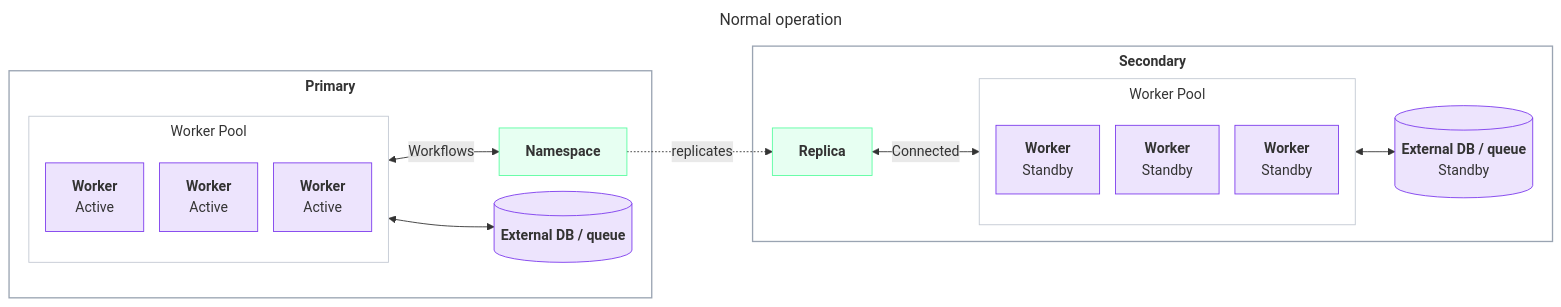
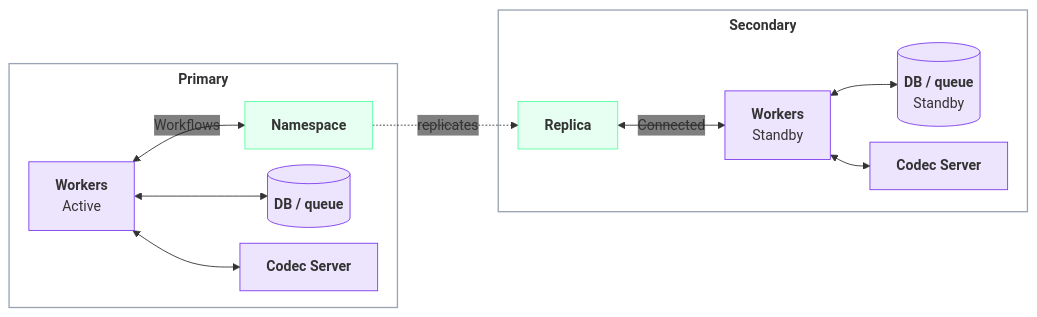
One commit to temporalio/documentation changed diagram 14 of 19 in docs/cloud/high-availability/deployment-patterns.mdx. Above: the diagram before and after it, drawn with Mermaid. The commit also changed other lines of this file, not shown here.

````diff
--- a/docs/cloud/high-availability/deployment-patterns.mdx
+++ b/docs/cloud/high-availability/deployment-patterns.mdx
@@ -402,37 +511,29 @@
 ```mermaid
----
-title: Normal operation
----
-%%{init: {'themeVariables':{'fontFamily':'Inter, ui-sans-serif, system-ui, sans-serif'},'flowchart':{'nodeSpacing':18,'rankSpacing':45,'curve':'basis','subGraphTitleMargin':{'top':6,'bottom':12}}}}%%
+%%{init: {'themeVariables':{'fontFamily':'Inter, ui-sans-serif, system-ui, sans-serif','edgeLabelBackground':'transparent'},'flowchart':{'nodeSpacing':18,'rankSpacing':45,'curve':'basis','subGraphTitleMargin':{'top':6,'bottom':12}}}}%%
 flowchart LR
     classDef worker fill:#7C3AED22,stroke:#7C3AED,stroke-width:1px;
     classDef ns fill:#59FDA024,stroke:#59FDA0,stroke-width:1px;
     classDef ext fill:#7C3AED22,stroke:#7C3AED,stroke-width:1px;
     classDef region fill:transparent,stroke:#9aa4b2,stroke-width:1.5px;
     classDef pool fill:transparent,stroke:#c2c8d2,stroke-width:1px;
     subgraph DHNPRI["<b>Primary</b>"]
-      subgraph DHNWP["Worker Pool"]
-        DHNW1["<b>Worker</b><br/>Active"]:::worker
-        DHNW2["<b>Worker</b><br/>Active"]:::worker
-        DHNW3["<b>Worker</b><br/>Active"]:::worker
-      end
+      DHNWP["<b>Workers</b><br/>Active"]:::worker
       DHNNS["<b>Namespace</b>"]:::ns
-      DHNDB[("<b>External DB / queue</b>")]:::ext
+      DHNDB[("<b>DB / queue</b>")]:::ext
+      DHNCODEC["<b>Codec Server</b>"]:::ext
       DHNWP <-->|Workflows| DHNNS
       DHNWP <--> DHNDB
+      DHNWP <--> DHNCODEC
     end
     subgraph DHNSEC["<b>Secondary</b>"]
       DHNR["<b>Replica</b>"]:::ns
-      subgraph DHNWP2["Worker Pool"]
-        DHNSW1["<b>Worker</b><br/>Standby"]:::worker
-        DHNSW2["<b>Worker</b><br/>Standby"]:::worker
-        DHNSW3["<b>Worker</b><br/>Standby"]:::worker
-      end
-      DHNDB2[("<b>External DB / queue</b><br/>Standby")]:::ext
+      DHNWP2["<b>Workers</b><br/>Standby"]:::worker
+      DHNDB2[("<b>DB / queue</b><br/>Standby")]:::ext
+      DHNCODEC2["<b>Codec Server</b>"]:::ext
       DHNR <-->|"Connected"| DHNWP2
       DHNWP2 <--> DHNDB2
+      DHNWP2 <--> DHNCODEC2
     end
     DHNNS -. replicates .-> DHNR
     class DHNPRI,DHNSEC region
-    class DHNWP,DHNWP2 pool
 ```
````
